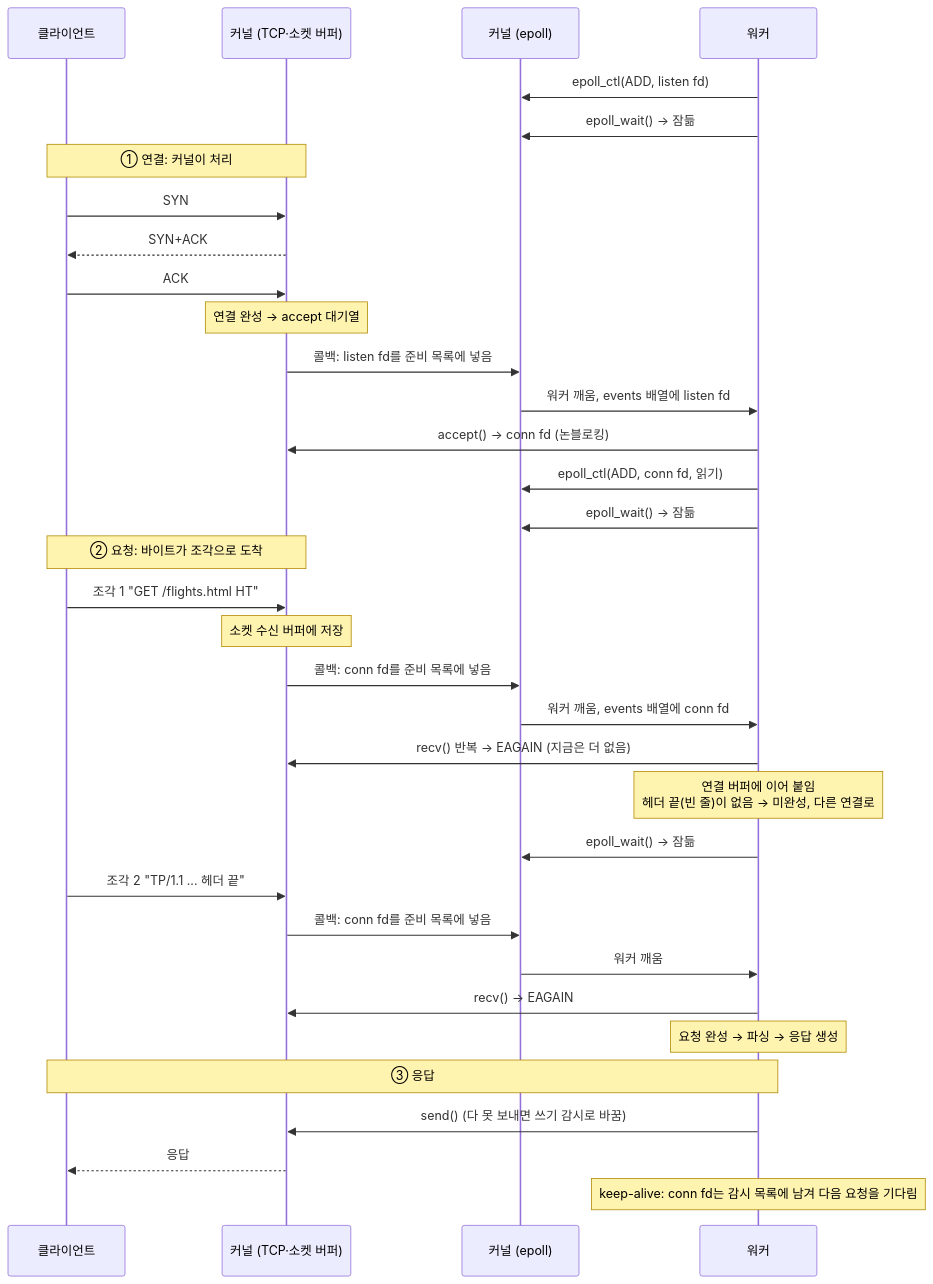
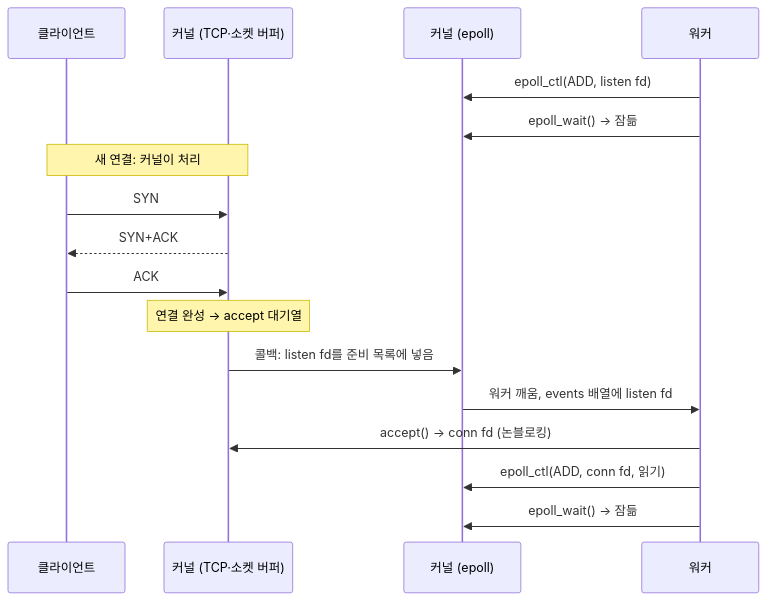
One commit to choimoohun/SW-AI-W13-Web-Server changed the first of 2 diagrams in README.md. Above: the diagram before and after it, drawn with Mermaid.

````diff
--- a/README.md
+++ b/README.md
@@ -43,37 +43,23 @@
 ```mermaid
-%%{init: {'themeVariables': {'noteBkgColor': '#fff3b0', 'noteTextColor': '#000000', 'noteBorderColor': '#b08900'}}}%%
+%%{init: {'themeVariables': {'noteBkgColor': '#fff5ad', 'noteTextColor': '#000000', 'noteBorderColor': '#c9b800'}}}%%
 sequenceDiagram
     participant C as 클라이언트
     participant K as 커널 (TCP·소켓 버퍼)
     participant E as 커널 (epoll)
     participant W as 워커
+
     W->>E: epoll_ctl(ADD, listen fd)
     W->>E: epoll_wait() → 잠듦
-    Note over C,K: ① 연결: 커널이 처리
+
+    Note over C,K: 새 연결: 커널이 처리
     C->>K: SYN
     K-->>C: SYN+ACK
     C->>K: ACK
     Note over K: 연결 완성 → accept 대기열
+
     K->>E: 콜백: listen fd를 준비 목록에 넣음
     E->>W: 워커 깨움, events 배열에 listen fd
     W->>K: accept() → conn fd (논블로킹)
     W->>E: epoll_ctl(ADD, conn fd, 읽기)
     W->>E: epoll_wait() → 잠듦
-    Note over C,K: ② 요청: 바이트가 조각으로 도착
-    C->>K: 조각 1 "GET /flights.html HT"
-    Note over K: 소켓 수신 버퍼에 저장
-    K->>E: 콜백: conn fd를 준비 목록에 넣음
-    E->>W: 워커 깨움, events 배열에 conn fd
-    W->>K: recv() 반복 → EAGAIN (지금은 더 없음)
-    Note over W: 연결 버퍼에 이어 붙임<br/>헤더 끝(빈 줄)이 없음 → 미완성, 다른 연결로
-    W->>E: epoll_wait() → 잠듦
-    C->>K: 조각 2 "TP/1.1 ... 헤더 끝"
-    K->>E: 콜백: conn fd를 준비 목록에 넣음
-    E->>W: 워커 깨움
-    W->>K: recv() → EAGAIN
-    Note over W: 요청 완성 → 파싱 → 응답 생성
-    Note over C,W: ③ 응답
-    W->>K: send() (다 못 보내면 쓰기 감시로 바꿈)
-    K-->>C: 응답
-    Note over W: keep-alive: conn fd는 감시 목록에 남겨 다음 요청을 기다림
 ```
````
